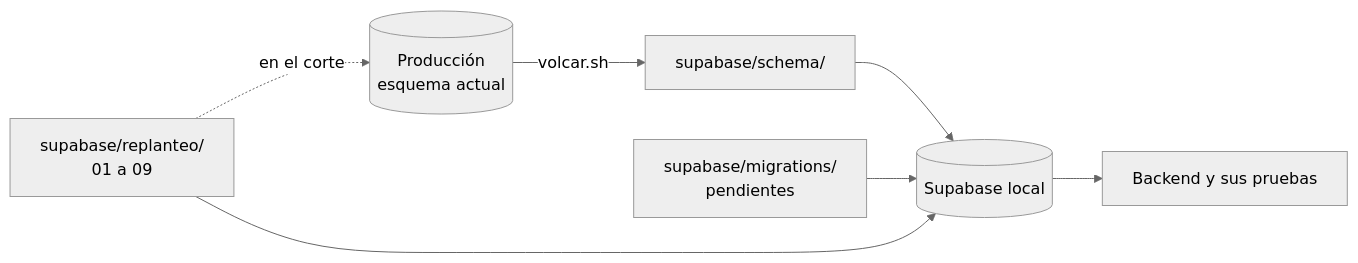
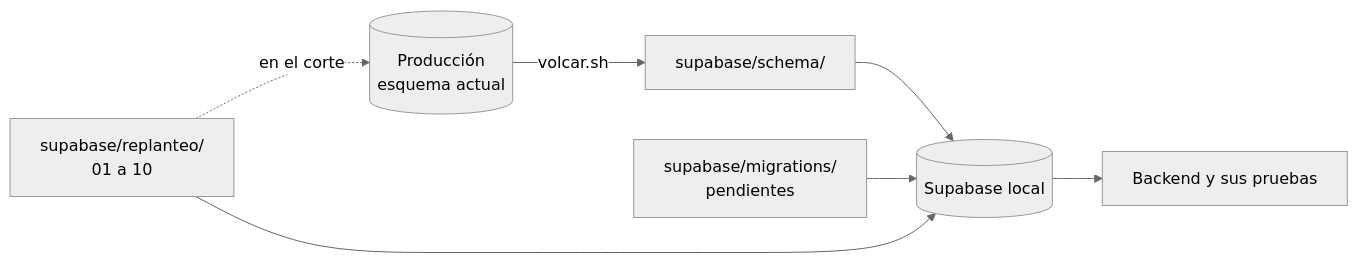
The diagram in docs/bitacora/2026-10-14-replanteo-modelo-datos/DOCUMENTACION.md (mchssj/v34frag), drawn with Mermaid (neutral theme) before and after one commit. The commit also changed other lines of this file and 8 other files, not shown here.

````diff
--- a/docs/bitacora/2026-10-14-replanteo-modelo-datos/DOCUMENTACION.md
+++ b/docs/bitacora/2026-10-14-replanteo-modelo-datos/DOCUMENTACION.md
@@ -11,9 +11,9 @@
 ```mermaid
 flowchart LR
   P[(Producción<br/>esquema actual)] -- volcar.sh --> S[supabase/schema/]
   S --> L[(Supabase local)]
   M[supabase/migrations/<br/>pendientes] --> L
-  R[supabase/replanteo/<br/>01 a 09] --> L
+  R[supabase/replanteo/<br/>01 a 10] --> L
   L --> B[Backend y sus pruebas]
   R -. en el corte .-> P
 ```
````
